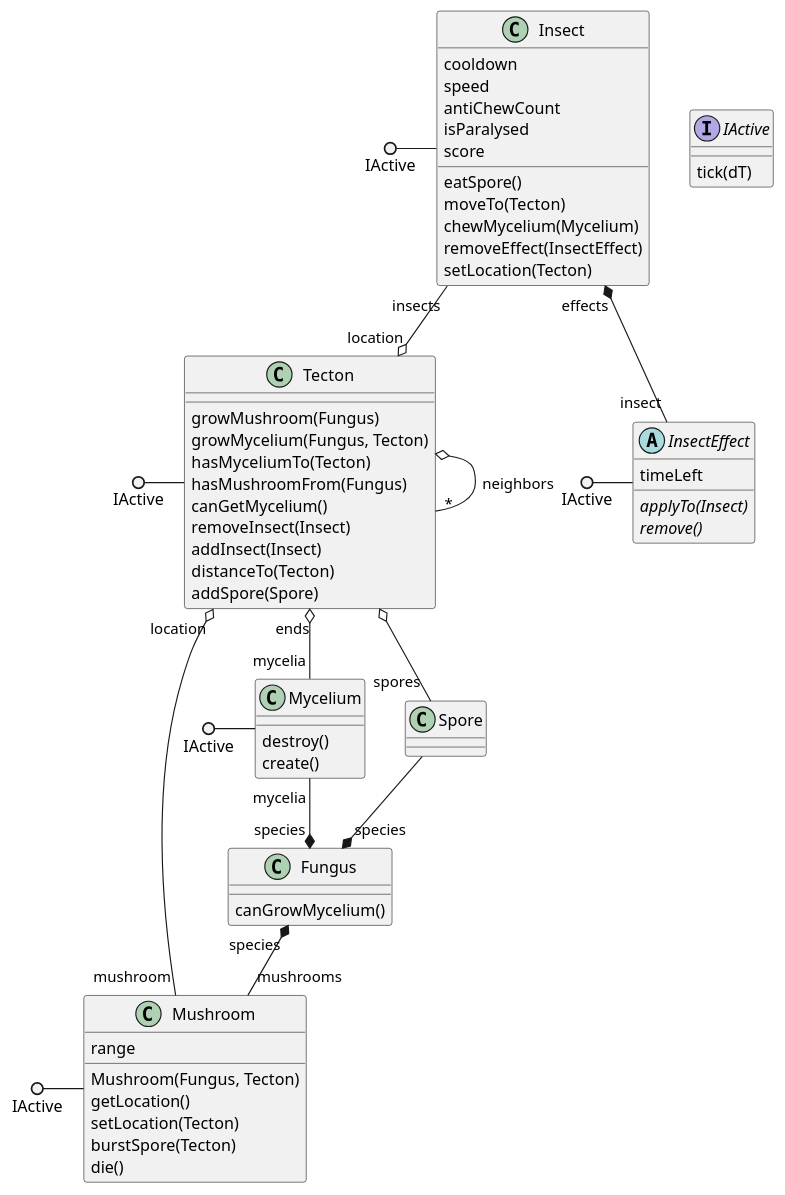
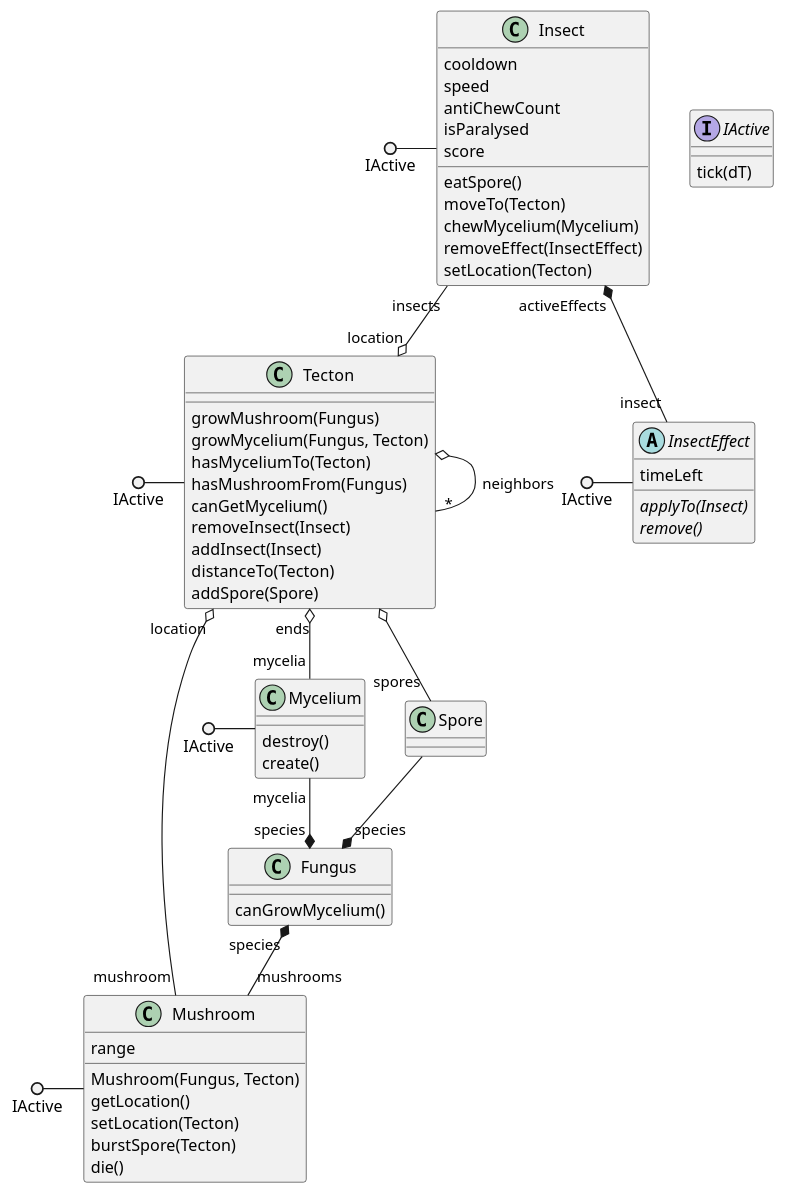
Before and after one commit to ZD4ve/projlab-error521: the diagram in classes.pu, drawn with PlantUML.

Commit message:
Comments + renamed association

```diff
--- a/classes.pu
+++ b/classes.pu
@@ -1,73 +1,75 @@
 @startuml classes
 interface IActive {
     tick(dT)
 }
 class Tecton {
     growMushroom(Fungus)
     growMycelium(Fungus, Tecton)
     hasMyceliumTo(Tecton)
     hasMushroomFrom(Fungus)
     canGetMycelium()
     removeInsect(Insect)
     addInsect(Insect)
     distanceTo(Tecton)
     addSpore(Spore)
 }
 class Fungus {
     canGrowMycelium()
 }
 class Mycelium {
     destroy()
     create()
 }
 class Mushroom {
     range
     Mushroom(Fungus, Tecton)
     getLocation()
     setLocation(Tecton)
     burstSpore(Tecton)
     die()
 }
 class Spore
 
 'Panni: ide nem írom ki a getter-settereket, elegek szntem az attribútumok
 ' +ha van removeEffect() akkor applyEffect() nincs? vagy azt a setIsParalysed() és a hasonlóak helyettesítik?
+' +azt viszont nem tudom h az asszociációk setterei (pl setLocation) kellenek-e
+' +az antiChewCount az hogyhogy counter és nem boolean?
 class Insect {
     cooldown
     speed
     antiChewCount
     isParalysed
     score
     eatSpore()
     moveTo(Tecton)
     chewMycelium(Mycelium)
     removeEffect(InsectEffect)
     setLocation(Tecton)
 }
 abstract InsectEffect {
     timeLeft
     {abstract} applyTo(Insect)
     {abstract} remove()
 }
 
 IActive ()- Tecton
 IActive ()- Mushroom
 IActive ()- Mycelium
 IActive ()- Insect
 IActive ()- InsectEffect
 
 Tecton o-- "*" Tecton : neighbors
 Tecton "ends" o-- "mycelia" Mycelium
 Tecton o-- "spores" Spore
 Tecton "location" o-- "mushroom" Mushroom
 
 Mycelium "mycelia" --* "species" Fungus
 
-Insect "effects" *-- "insect" InsectEffect
+Insect "activeEffects" *-- "insect" InsectEffect
 Insect "insects" --o "location" Tecton
 
 Fungus "species" *-- "mushrooms" Mushroom
 
 Spore --* "species" Fungus
 
 @enduml
```
